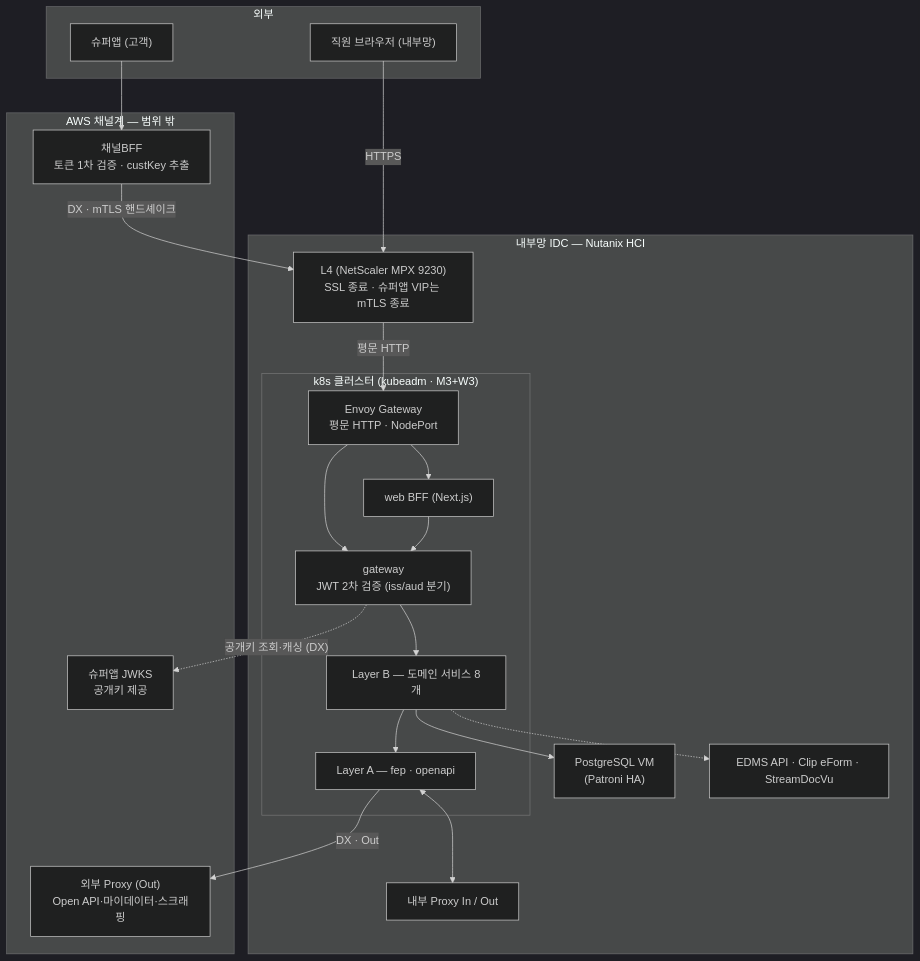
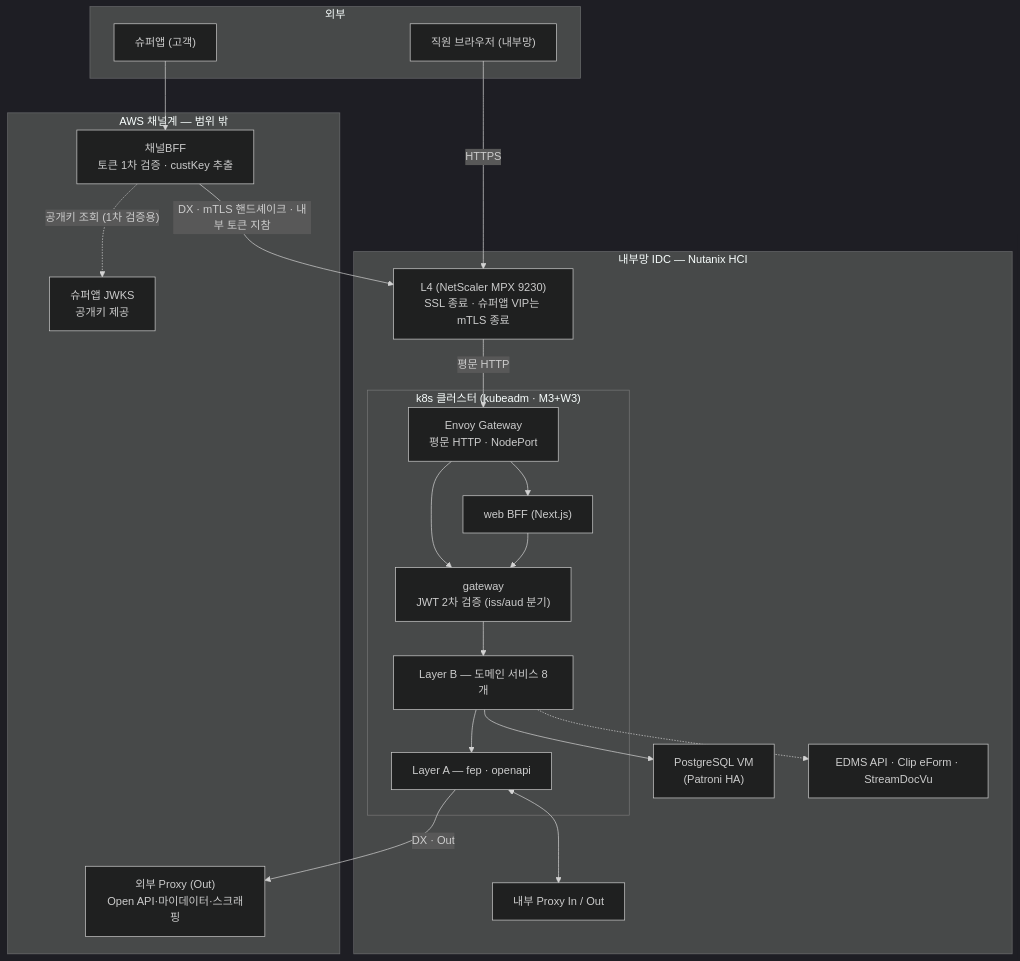
The first of 3 diagrams in ARCHITECTURE.md (kimsukhwan/msa-k3s-lab), drawn with Mermaid (dark theme) before and after one commit. The commit also changed other lines of this file and 1 other file, not shown here.

````diff
--- a/ARCHITECTURE.md
+++ b/ARCHITECTURE.md
@@ -19,42 +19,42 @@
 ```mermaid
 flowchart TB
     subgraph EXT["외부"]
         EMP["직원 브라우저 (내부망)"]
         APP["슈퍼앱 (고객)"]
     end
 
     subgraph AWS["AWS 채널계 — 범위 밖"]
         BFF["채널BFF<br/>토큰 1차 검증 · custKey 추출"]
         JWKS["슈퍼앱 JWKS<br/>공개키 제공"]
         EXTPROXY["외부 Proxy (Out)<br/>Open API·마이데이터·스크래핑"]
     end
 
     subgraph IDC["내부망 IDC — Nutanix HCI"]
         L4["L4 (NetScaler MPX 9230)<br/>SSL 종료 · 슈퍼앱 VIP는 mTLS 종료"]
         subgraph K8S["k8s 클러스터 (kubeadm · M3+W3)"]
             ENVOY["Envoy Gateway<br/>평문 HTTP · NodePort"]
             WEB["web BFF (Next.js)"]
             GW["gateway<br/>JWT 2차 검증 (iss/aud 분기)"]
             LB["Layer B — 도메인 서비스 8개"]
             LA["Layer A — fep · openapi"]
         end
         PG["PostgreSQL VM<br/>(Patroni HA)"]
         PROXYIO["내부 Proxy In / Out"]
         EDMS["EDMS API · Clip eForm · StreamDocVu"]
     end
 
     EMP -->|HTTPS| L4
     APP --> BFF
-    BFF -->|"DX · mTLS 핸드셰이크"| L4
-    GW -.->|"공개키 조회·캐싱 (DX)"| JWKS
+    BFF -->|"DX · mTLS 핸드셰이크 · 내부 토큰 지참"| L4
+    BFF -.->|"공개키 조회 (1차 검증용)"| JWKS
     L4 -->|평문 HTTP| ENVOY
     ENVOY --> WEB
     ENVOY --> GW
     WEB --> GW
     GW --> LB
     LB --> LA
     LB -.-> EDMS
     LB --> PG
     LA <--> PROXYIO
     LA -->|"DX · Out"| EXTPROXY
 ```
````
